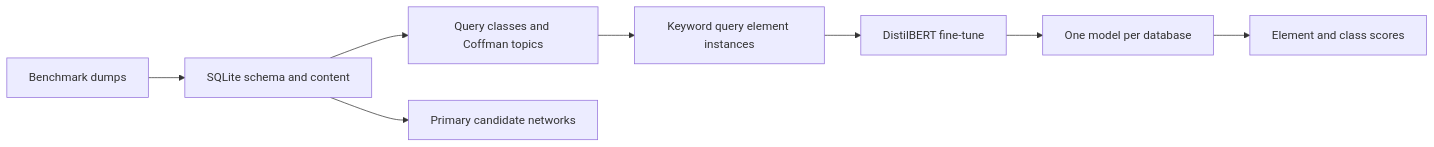
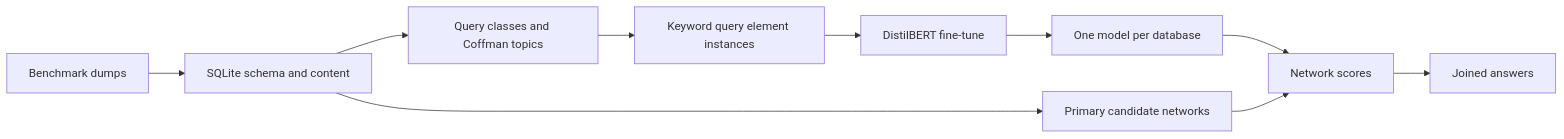
Before and after one commit to MostafaMashhadi/semstruct: the diagram in docs/architecture.md, drawn with Mermaid. The commit also changed other lines of this file and 22 other files, not shown here.

````diff
--- a/docs/architecture.md
+++ b/docs/architecture.md
@@ -5,10 +5,12 @@
 ```mermaid
 flowchart LR
   dumps[Benchmark dumps] --> sqlite[SQLite schema and content]
   sqlite --> classes[Query classes and Coffman topics]
   classes --> pairs[Keyword query element instances]
   pairs --> tune[DistilBERT fine-tune]
   tune --> model[One model per database]
   sqlite --> cns[Primary candidate networks]
-  model --> rank[Element and class scores]
+  model --> score[Network scores]
+  cns --> score
+  score --> answers[Joined answers]
 ```
````
